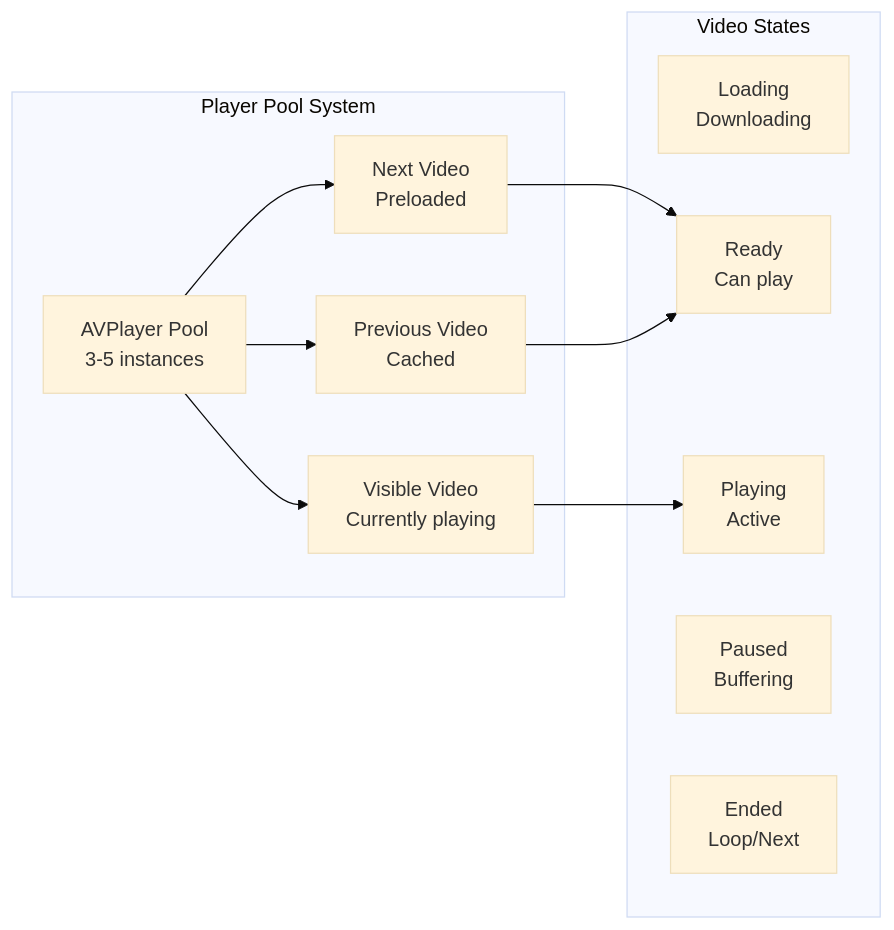
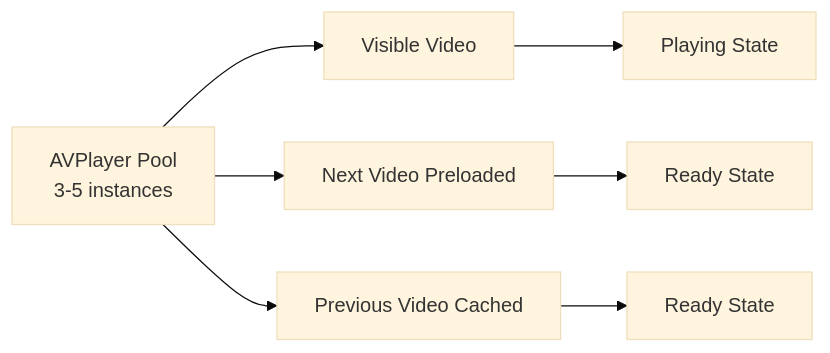
One commit to SheldonWangRJT/SheldonWangRJT.Github.io changed the second of 6 diagrams in _interviews/2025-10-11-short-video-app-system-design.md. Above: the diagram before and after it, drawn with Mermaid (base theme). The commit also changed other lines of this file and 1 other file, not shown here.

Commit message:
Simplify Mermaid diagrams: remove subgraphs, use flowchart syntax, add text explanations for better readability

```diff
--- a/_interviews/2025-10-11-short-video-app-system-design.md
+++ b/_interviews/2025-10-11-short-video-app-system-design.md
@@ -94,25 +81,10 @@
 {% mermaid %}
-graph LR;
-    subgraph "Player Pool System";
-        POOL[AVPlayer Pool<br/>3-5 instances];
-        VISIBLE[Visible Video<br/>Currently playing];
-        NEXT[Next Video<br/>Preloaded];
-        PREV[Previous Video<br/>Cached];
-    end;
+flowchart LR;
+    POOL[AVPlayer Pool<br/>3-5 instances] --> VISIBLE[Visible Video];
+    POOL --> NEXT[Next Video Preloaded];
+    POOL --> PREV[Previous Video Cached];
     
-    subgraph "Video States";
-        LOADING[Loading<br/>Downloading];
-        READY[Ready<br/>Can play];
-        PLAYING[Playing<br/>Active];
-        PAUSED[Paused<br/>Buffering];
-        ENDED[Ended<br/>Loop/Next];
-    end;
-    
-    POOL --> VISIBLE;
-    POOL --> NEXT;
-    POOL --> PREV;
-    
-    VISIBLE --> PLAYING;
-    NEXT --> READY;
-    PREV --> READY;
+    VISIBLE --> PLAYING[Playing State];
+    NEXT --> READY1[Ready State];
+    PREV --> READY2[Ready State];
 {% endmermaid %}
```
